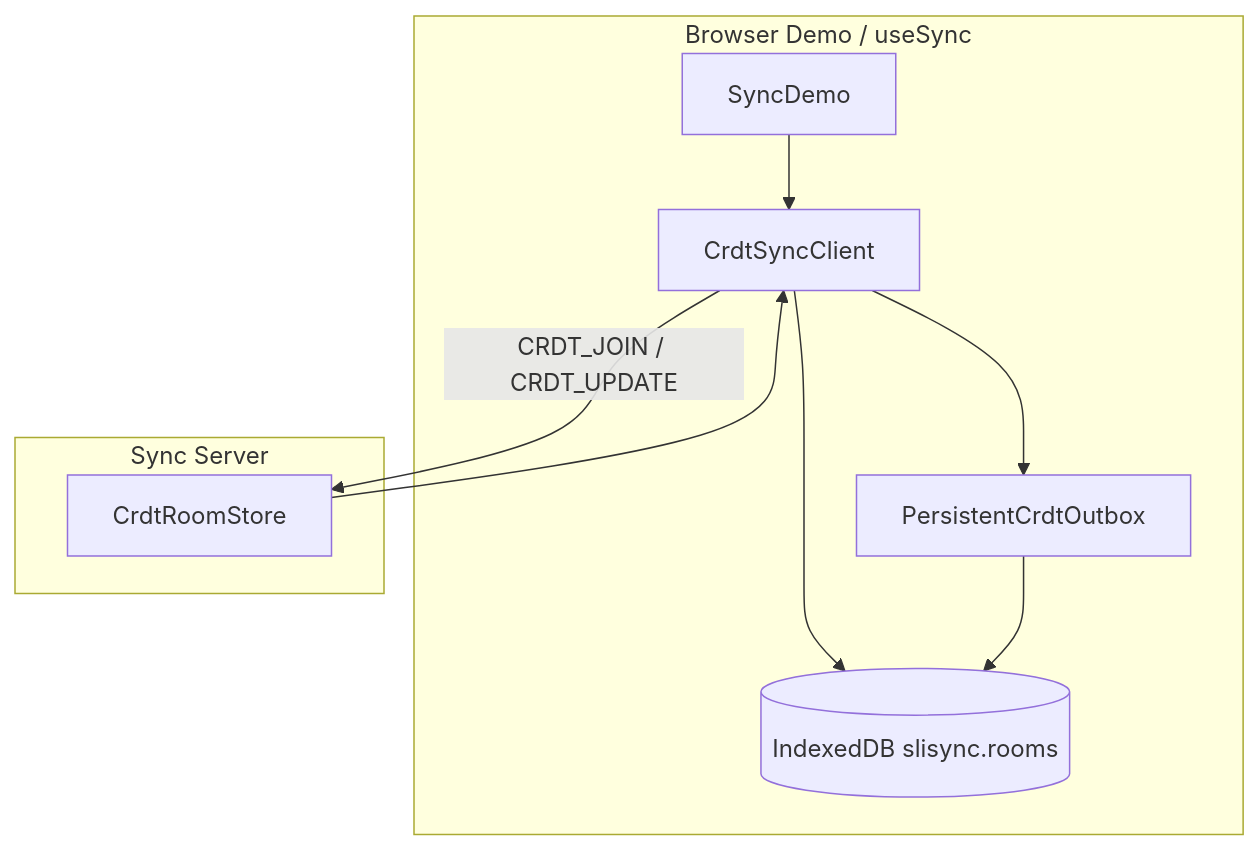
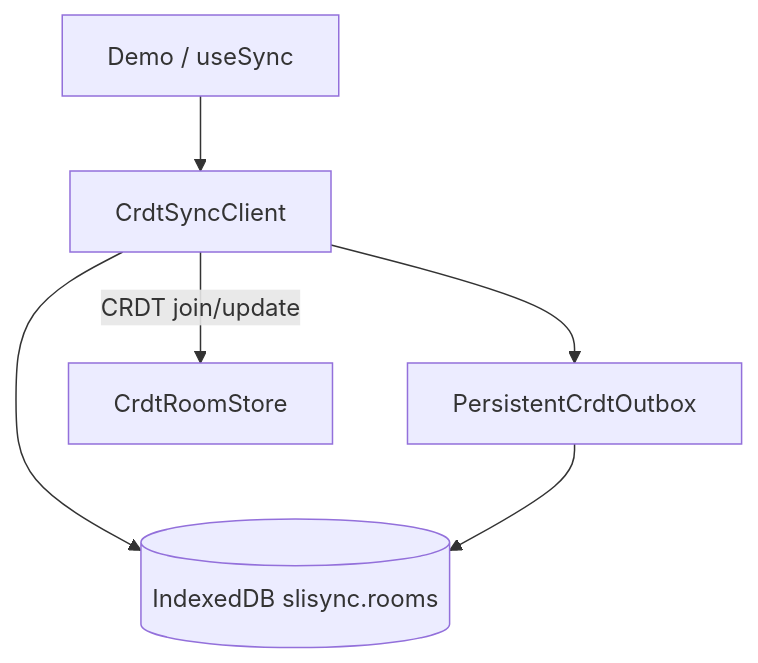
Before and after one commit to runsli/slisync: the diagram in docs/en/local-first.md, drawn with Mermaid. The commit also changed other lines of this file and 26 other files, not shown here.

First line of the commit message:
docs: Markdown-first export, slisync-docs split, and clearer Demo copy

````diff
--- a/docs/en/local-first.md
+++ b/docs/en/local-first.md
@@ -22,18 +9,13 @@
 ```mermaid
 flowchart TB
-  subgraph browser [Browser Demo / useSync]
-    UI[SyncDemo]
-    Client[CrdtSyncClient]
-    IDB[(IndexedDB slisync.rooms)]
-    Outbox[PersistentCrdtOutbox]
-  end
-  subgraph server [Sync Server]
-    Room[CrdtRoomStore]
-  end
+  UI[Demo / useSync]
+  Client[CrdtSyncClient]
+  IDB[(IndexedDB slisync.rooms)]
+  Outbox[PersistentCrdtOutbox]
+  Server[CrdtRoomStore]
   UI --> Client
   Client --> IDB
   Client --> Outbox
   Outbox --> IDB
-  Client -->|CRDT_JOIN / CRDT_UPDATE| Room
-  Room --> Client
+  Client -->|CRDT join/update| Server
 ```
````
